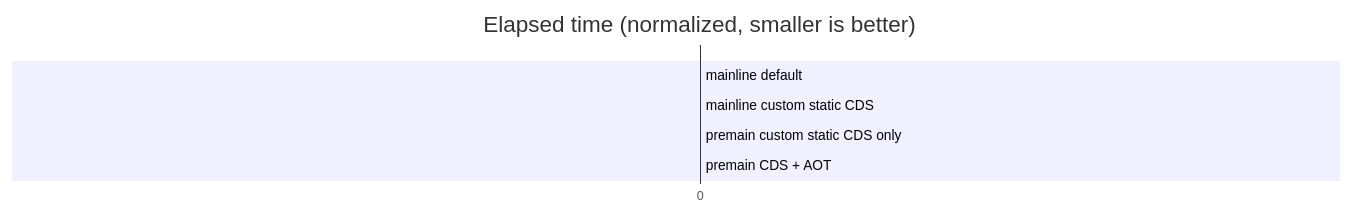
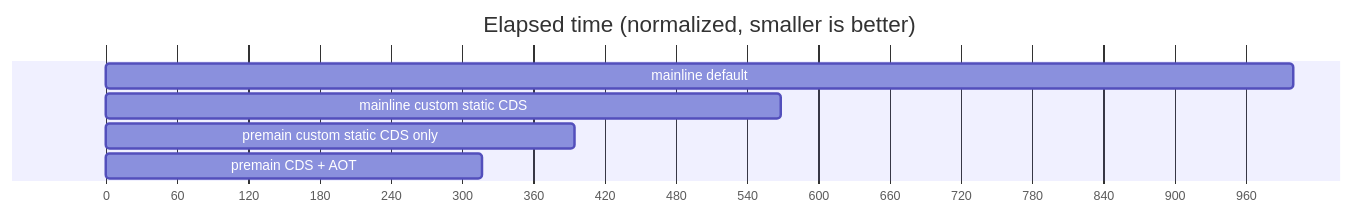
One commit to openjdk/leyden changed the third of 4 diagrams in test/hotspot/jtreg/premain/README.md. Above: the diagram before and after it, drawn with Mermaid. The commit also changed other lines of this file, not shown here.

Commit message:
Fixed graphs in MD file

````diff
--- a/test/hotspot/jtreg/premain/README.md
+++ b/test/hotspot/jtreg/premain/README.md
@@ -79,12 +79,12 @@
 ```mermaid
 gantt
     title Elapsed time (normalized, smaller is better)
     todayMarker off
     dateFormat  X
     axisFormat %s
 
-    mainline default   : 0, 1.00000
-    mainline custom static CDS   : 0, 0.56844
-    premain custom static CDS only   : 0, 0.39581
-    premain CDS + AOT   : 0, 0.31700
+    mainline default   : 0, 1000
+    mainline custom static CDS   : 0, 568
+    premain custom static CDS only   : 0, 395
+    premain CDS + AOT   : 0, 317
 ```
````
